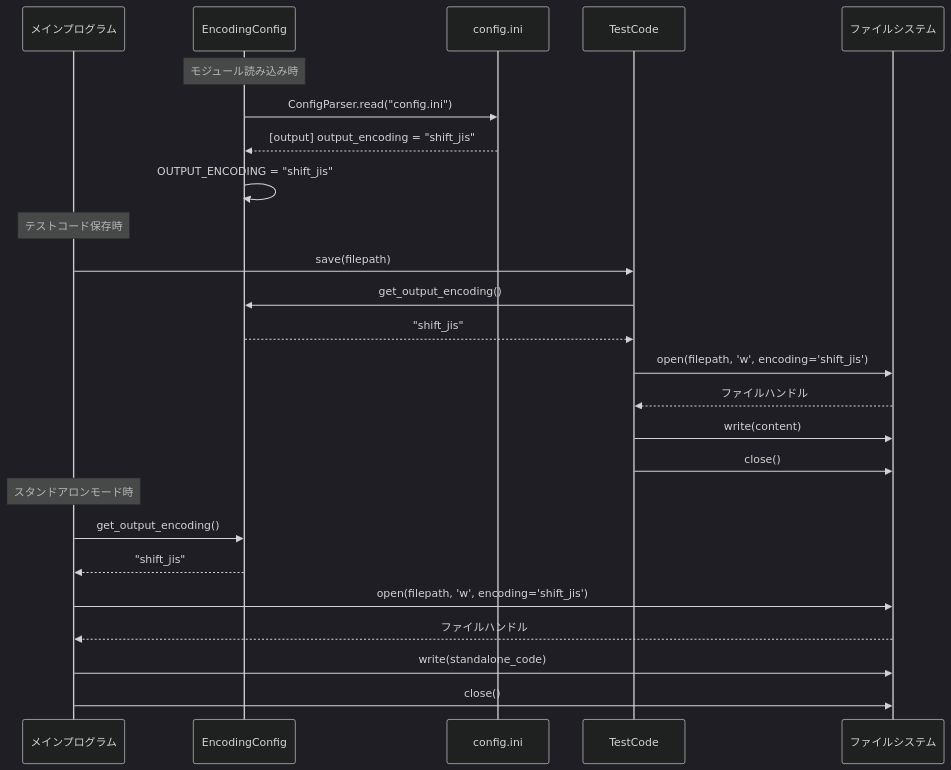
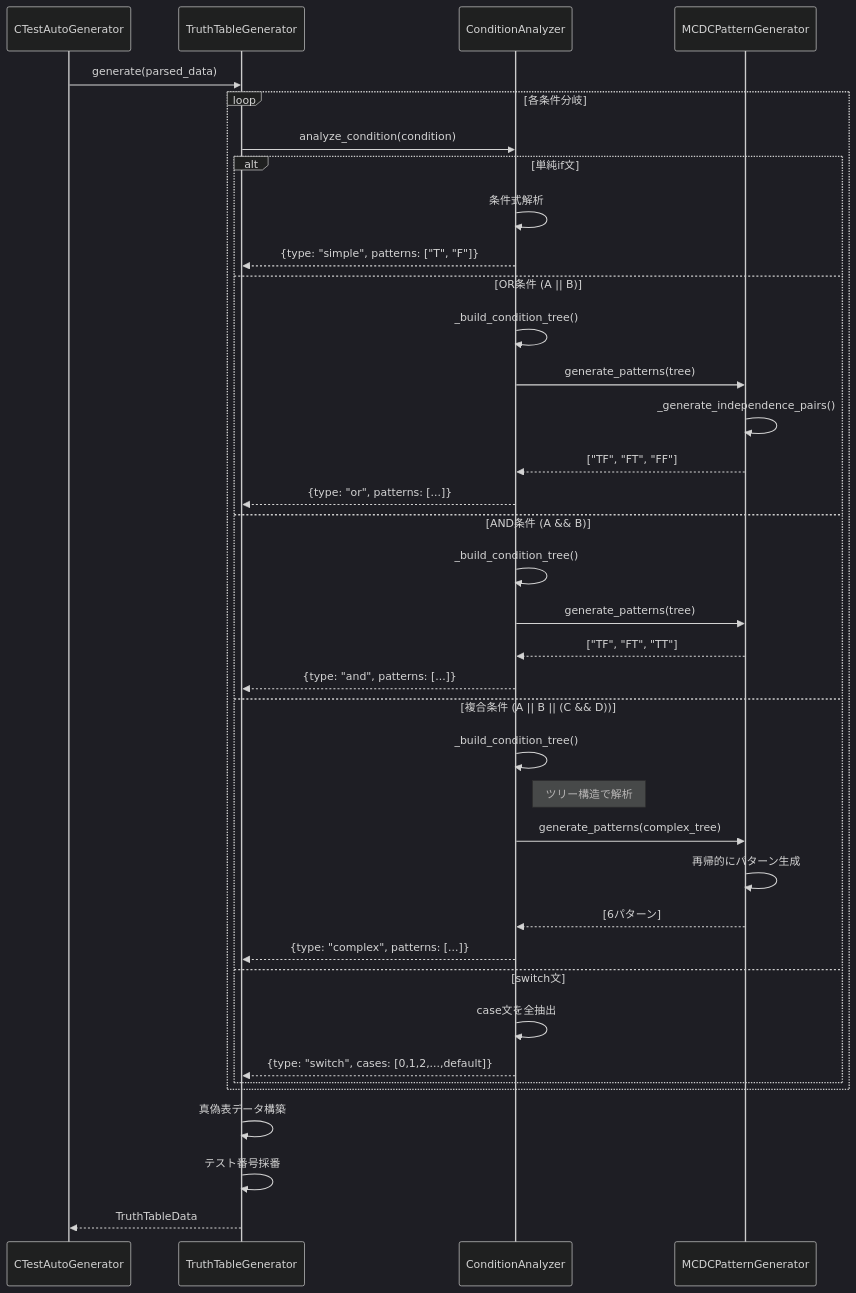
Before and after one commit to ryu5791/AutoUniTestGen: the fifth of 7 diagrams in doc/design_sequence_diagram.md, drawn with Mermaid (dark theme). The commit also changed other lines of this file and 4 other files, not shown here.

````diff
--- a/doc/design_sequence_diagram.md
+++ b/doc/design_sequence_diagram.md
@@ -77,30 +227,47 @@
 ```mermaid
 sequenceDiagram
-    participant Main as メインプログラム
-    participant EncConfig as EncodingConfig
-    participant Config as config.ini
-    participant TestCode as TestCode
-    participant FileSystem as ファイルシステム
+    participant Main as CTestAutoGenerator
+    participant TruthGen as TruthTableGenerator
+    participant CondAnalyzer as ConditionAnalyzer
+    participant MCDCGen as MCDCPatternGenerator
+
+    Main->>TruthGen: generate(parsed_data)
     
-    Note over EncConfig: モジュール読み込み時
-    EncConfig->>Config: ConfigParser.read("config.ini")
-    Config-->>EncConfig: [output] output_encoding = "shift_jis"
-    EncConfig->>EncConfig: OUTPUT_ENCODING = "shift_jis"
+    loop 各条件分岐
+        TruthGen->>CondAnalyzer: analyze_condition(condition)
+        
+        alt 単純if文
+            CondAnalyzer->>CondAnalyzer: 条件式解析
+            CondAnalyzer-->>TruthGen: {type: "simple", patterns: ["T", "F"]}
+            
+        else OR条件 (A || B)
+            CondAnalyzer->>CondAnalyzer: _build_condition_tree()
+            CondAnalyzer->>MCDCGen: generate_patterns(tree)
+            MCDCGen->>MCDCGen: _generate_independence_pairs()
+            MCDCGen-->>CondAnalyzer: ["TF", "FT", "FF"]
+            CondAnalyzer-->>TruthGen: {type: "or", patterns: [...]}
+            
+        else AND条件 (A && B)
+            CondAnalyzer->>CondAnalyzer: _build_condition_tree()
+            CondAnalyzer->>MCDCGen: generate_patterns(tree)
+            MCDCGen-->>CondAnalyzer: ["TF", "FT", "TT"]
+            CondAnalyzer-->>TruthGen: {type: "and", patterns: [...]}
+            
+        else 複合条件 (A || B || (C && D))
+            CondAnalyzer->>CondAnalyzer: _build_condition_tree()
+            Note right of CondAnalyzer: ツリー構造で解析
+            CondAnalyzer->>MCDCGen: generate_patterns(complex_tree)
+            MCDCGen->>MCDCGen: 再帰的にパターン生成
+            MCDCGen-->>CondAnalyzer: [6パターン]
+            CondAnalyzer-->>TruthGen: {type: "complex", patterns: [...]}
+            
+        else switch文
+            CondAnalyzer->>CondAnalyzer: case文を全抽出
+            CondAnalyzer-->>TruthGen: {type: "switch", cases: [0,1,2,...,default]}
+        end
+    end
     
-    Note over Main: テストコード保存時
-    Main->>TestCode: save(filepath)
-    TestCode->>EncConfig: get_output_encoding()
-    EncConfig-->>TestCode: "shift_jis"
-    TestCode->>FileSystem: open(filepath, 'w', encoding='shift_jis')
-    FileSystem-->>TestCode: ファイルハンドル
-    TestCode->>FileSystem: write(content)
-    TestCode->>FileSystem: close()
-    
-    Note over Main: スタンドアロンモード時
-    Main->>EncConfig: get_output_encoding()
-    EncConfig-->>Main: "shift_jis"
-    Main->>FileSystem: open(filepath, 'w', encoding='shift_jis')
-    FileSystem-->>Main: ファイルハンドル
-    Main->>FileSystem: write(standalone_code)
-    Main->>FileSystem: close()
+    TruthGen->>TruthGen: 真偽表データ構築
+    TruthGen->>TruthGen: テスト番号採番
+    TruthGen-->>Main: TruthTableData
 ```
````
